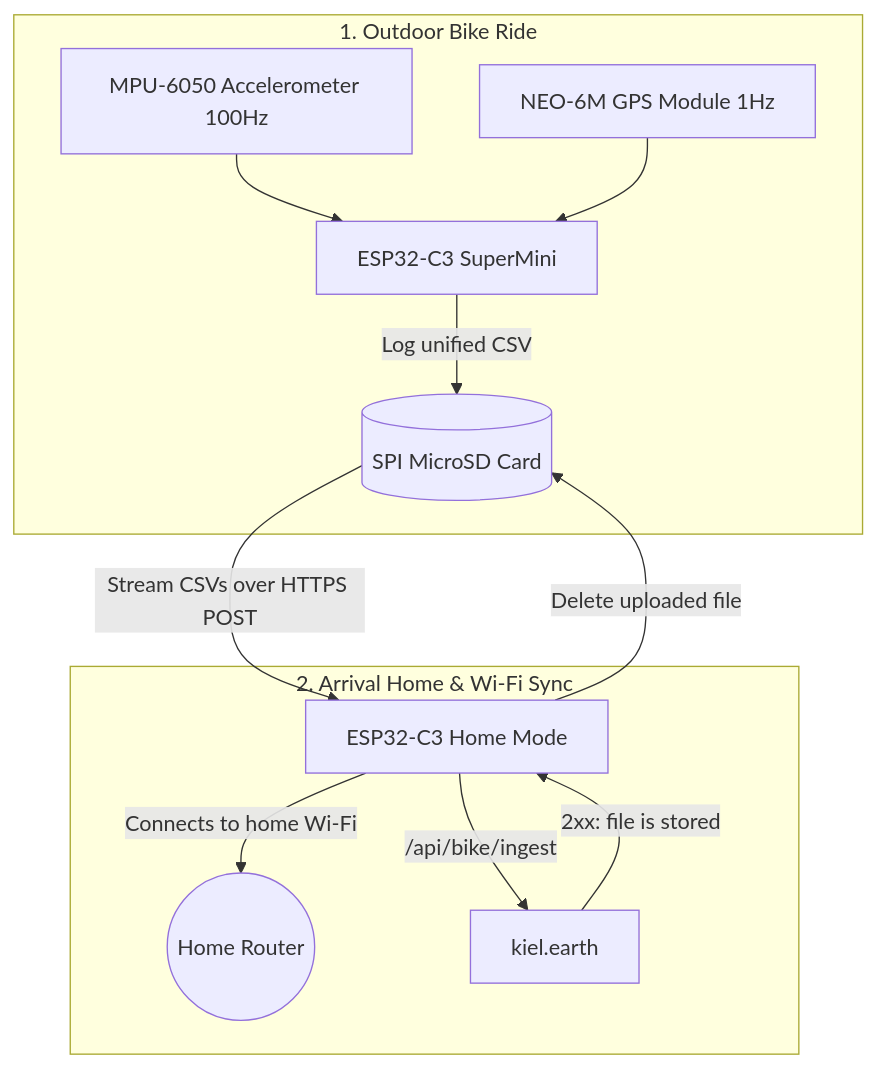
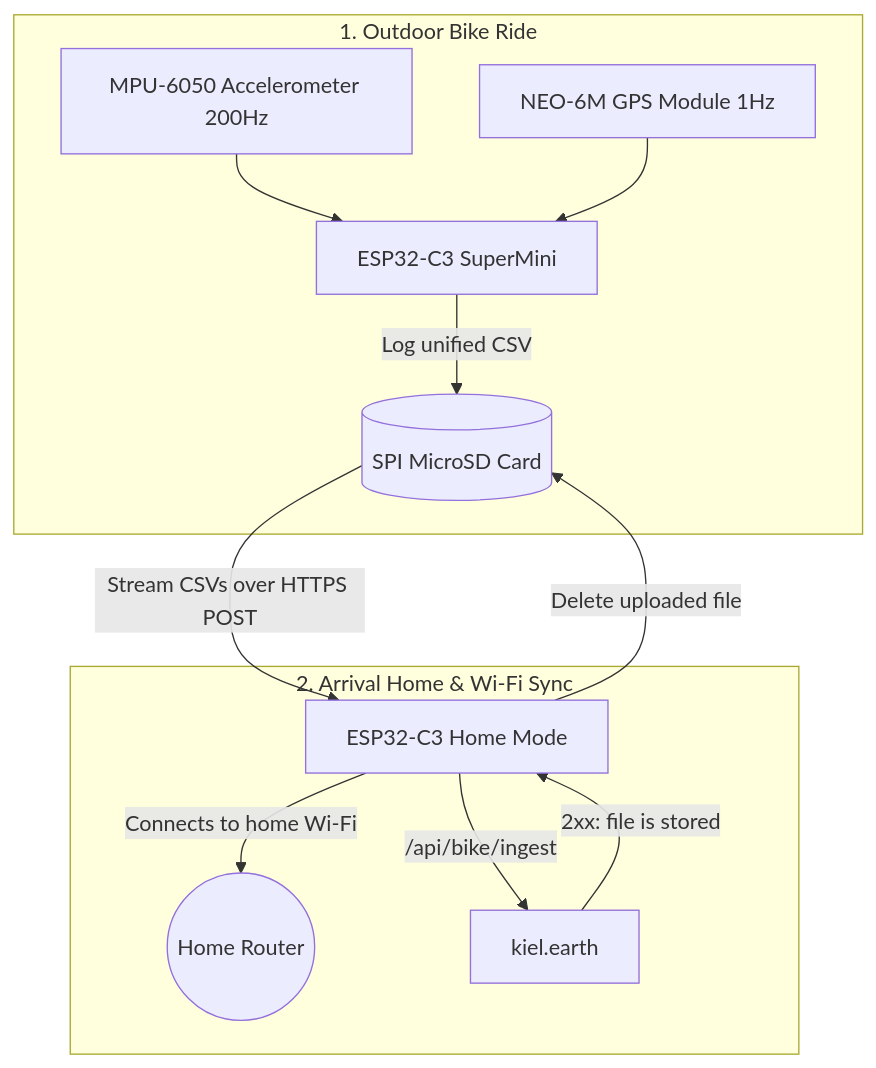
The diagram in README.md (GronuJ/bikesensor), drawn with Mermaid before and after one commit. The commit also changed 2 other files, not shown here.

Commit message:
Fix stale sample-rate and PCB notes
The firmware samples at 200 Hz, but the README diagram and a loop comment
still said 100 Hz. CLAUDE.md still called production/ stale and listed
two PCB issues that PIN_VERIFICATION.md records as fixed on 2026-09-17.

Claude-Session: https://claude.ai/code/session_01AQWnD2B1yaDWvQzygXEwsU

````diff
--- a/README.md
+++ b/README.md
@@ -30,17 +30,17 @@
 ```mermaid
 flowchart TD
     subgraph Riding [1. Outdoor Bike Ride]
         ESP[ESP32-C3 SuperMini]
-        IMU[MPU-6050 Accelerometer 100Hz] --> ESP
+        IMU[MPU-6050 Accelerometer 200Hz] --> ESP
         GPS[NEO-6M GPS Module 1Hz] --> ESP
         ESP -->|Log unified CSV| SD[(SPI MicroSD Card)]
     end
 
     subgraph Home [2. Arrival Home & Wi-Fi Sync]
         ESP_H[ESP32-C3 Home Mode] -->|Connects to home Wi-Fi| Router((Home Router))
         SD -->|Stream CSVs over HTTPS POST| ESP_H
         ESP_H -->|/api/bike/ingest| Site[kiel.earth]
         Site -->|2xx: file is stored| ESP_H
         ESP_H -->|Delete uploaded file| SD
     end
 ```
````
